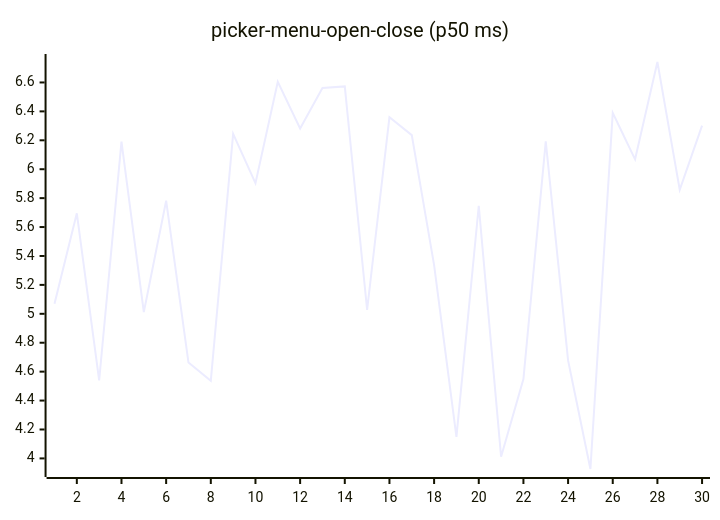
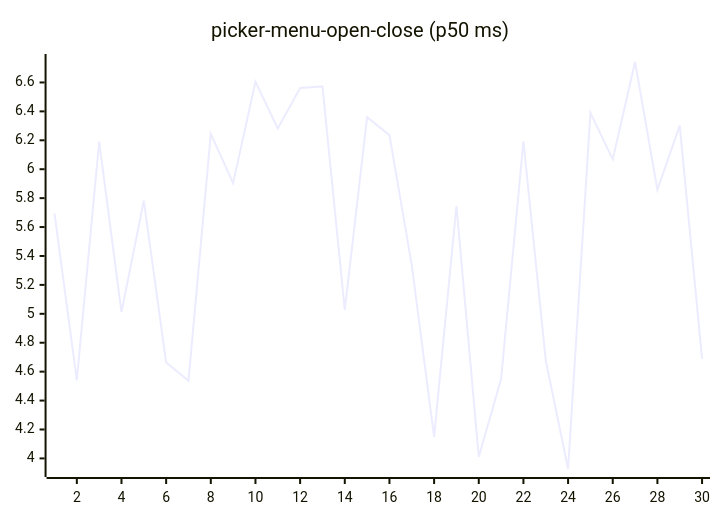
One commit to josha/Facet changed diagram 16 of 27 in README.md. Above: the diagram before and after it, drawn with Mermaid. The commit also changed other lines of this file and 2 other files, not shown here.

````diff
--- a/README.md
+++ b/README.md
@@ -168,6 +168,6 @@
 ```mermaid
 xychart-beta
     title "picker-menu-open-close (p50 ms)"
     x-axis 1 --> 30
-    line [5.0690, 5.6954, 4.5402, 6.1912, 5.0120, 5.7822, 4.6627, 4.5372, 6.2442, 5.9038, 6.6044, 6.2815, 6.5623, 6.5728, 5.0278, 6.3599, 6.2355, 5.3362, 4.1492, 5.7473, 4.0112, 4.5489, 6.1919, 4.6774, 3.9267, 6.3897, 6.0683, 6.7415, 5.8582, 6.3016]
+    line [5.6954, 4.5402, 6.1912, 5.0120, 5.7822, 4.6627, 4.5372, 6.2442, 5.9038, 6.6044, 6.2815, 6.5623, 6.5728, 5.0278, 6.3599, 6.2355, 5.3362, 4.1492, 5.7473, 4.0112, 4.5489, 6.1919, 4.6774, 3.9267, 6.3897, 6.0683, 6.7415, 5.8582, 6.3016, 4.6878]
 ```
````
